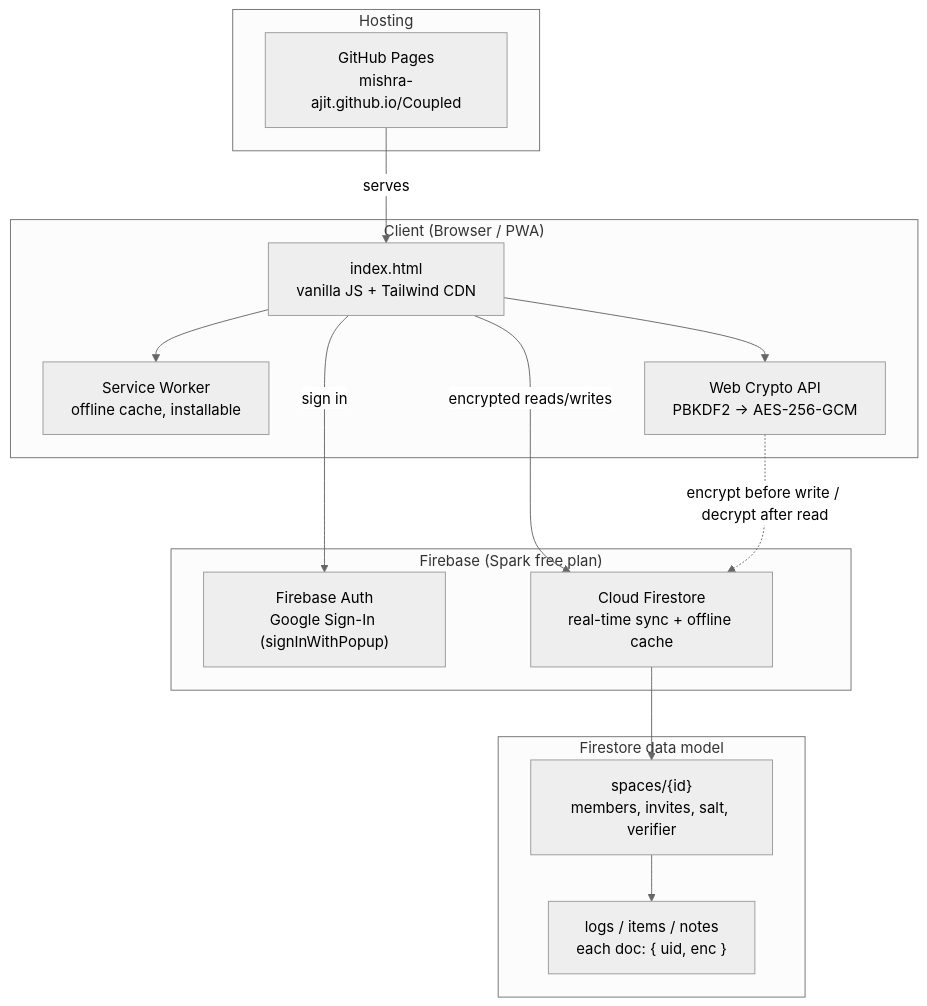
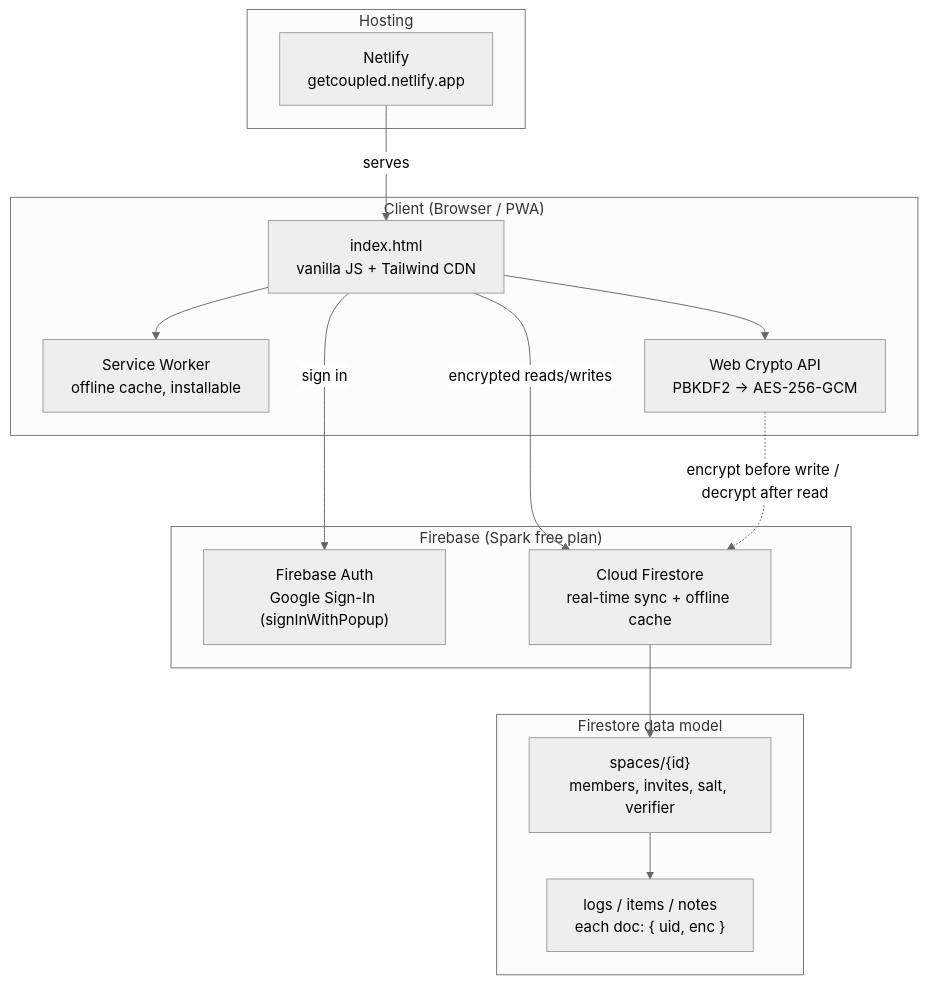
Before and after one commit to mishra-ajit/Coupled: the diagram in README.md, drawn with Mermaid (neutral theme). The commit also changed other lines of this file and 1 other file, not shown here.

````diff
--- a/README.md
+++ b/README.md
@@ -23,27 +24,27 @@
 ```mermaid
 graph TD
     subgraph Client["Client (Browser / PWA)"]
         A["index.html<br/>vanilla JS + Tailwind CDN"]
         A --> B["Service Worker<br/>offline cache, installable"]
         A --> C["Web Crypto API<br/>PBKDF2 → AES-256-GCM"]
     end
 
     subgraph Hosting["Hosting"]
-        H["GitHub Pages<br/>mishra-ajit.github.io/Coupled"]
+        H["Netlify<br/>getcoupled.netlify.app"]
     end
 
     subgraph Firebase["Firebase (Spark free plan)"]
         D["Firebase Auth<br/>Google Sign-In (signInWithPopup)"]
         E["Cloud Firestore<br/>real-time sync + offline cache"]
     end
 
     H -- serves --> A
     A -- "sign in" --> D
     A -- "encrypted reads/writes" --> E
     C -. "encrypt before write / decrypt after read" .-> E
 
     subgraph Data["Firestore data model"]
         E --> F["spaces/{id}<br/>members, invites, salt, verifier"]
         F --> G["logs / items / notes<br/>each doc: { uid, enc }"]
     end
 ```
````
